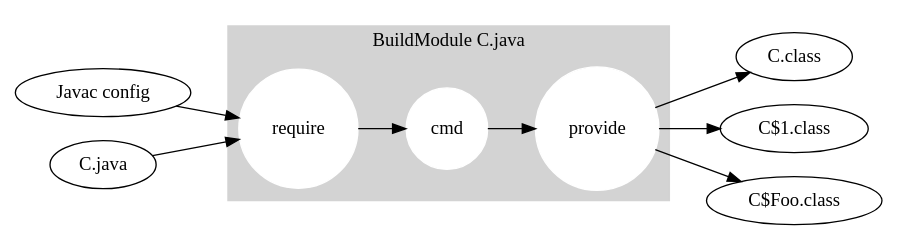
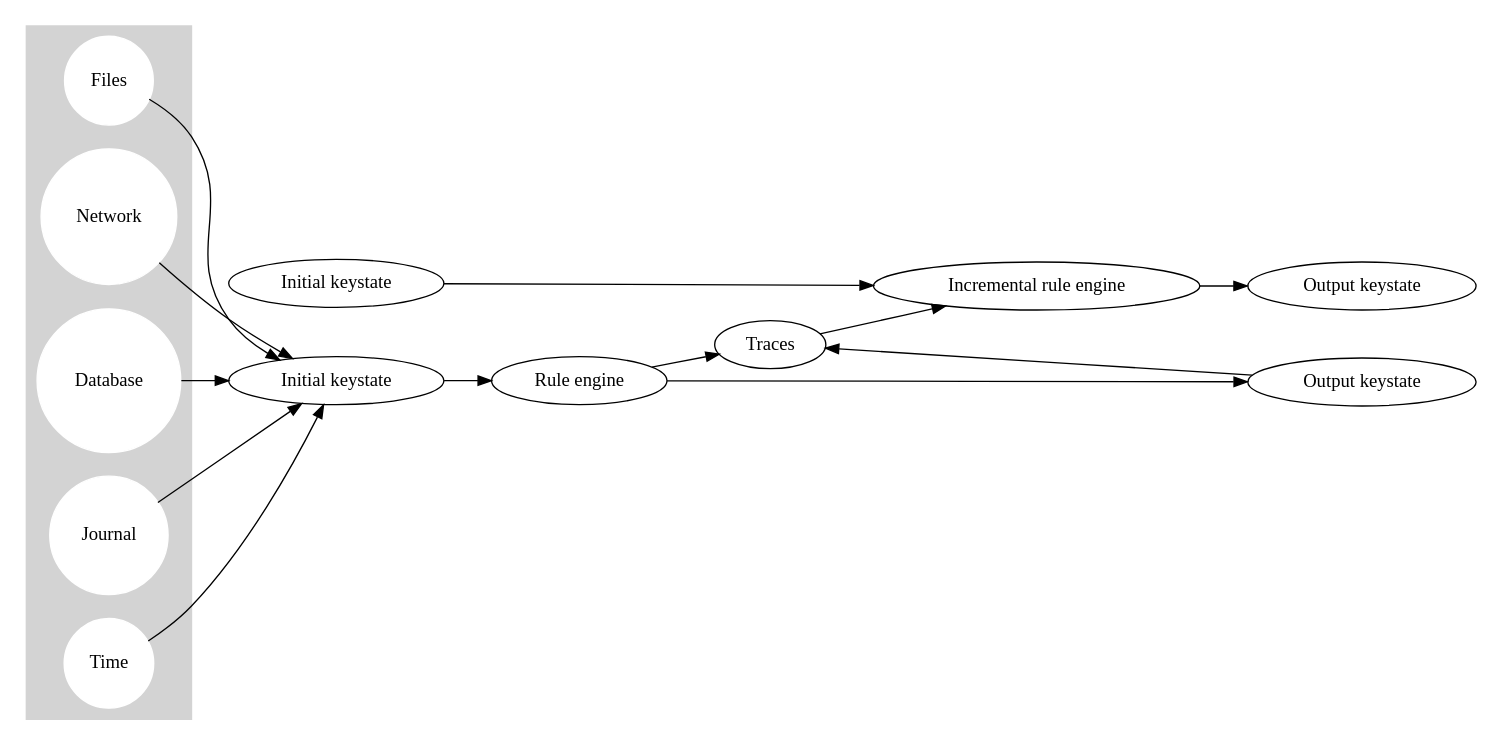
One commit to Mathnerd314/stroscot changed the first of 3 diagrams in docs/BuildSystem.rst. Above: the diagram before and after it, drawn with Graphviz. The commit also changed other lines of this file and 383 other files, not shown here.

```diff
--- a/docs/BuildSystem.rst
+++ b/docs/BuildSystem.rst
@@ -8,21 +6,30 @@
 .. graphviz::
 
-    digraph foo {
-        rankdir=LR;
-        subgraph cluster_0 {
-            style=filled;
-            color=lightgrey;
-            node [style=filled,color=white];
-            a0 -> a1 -> a2;
-            a0, a1, a2 [shape="circle"];
-            a0 [label="require"];
-            a1 [label="cmd"];
-            a2 [label="provide"];
-            label = "BuildModule C.java";
-        }
-        "Javac config" -> a0
-        "C.java" -> a0
-        a2 -> "C.class"
-        a2 -> "C$1.class"
-        a2 -> "C$Foo.class"
+  digraph foo {
+    rankdir=LR;
+    {
+    rank=same
+    IKey [label="Initial keystate"]
+    IKey2 [label="Initial keystate"]
     }
+    subgraph cluster_keys {
+      style=filled; color=lightgrey
+      node [style=filled,color=white]
+      Files, Network, Database, Journal, Time [shape="circle"]
+    }
+    {Files; Network; Database; Journal; Time} -> IKey
+
+    IKey -> "Rule engine"
+    "Rule engine" -> OKey
+    {
+    rank=same
+    OKey [label="Output keystate"]
+    OKey2 [label="Output keystate"]
+    }
+
+    "Traces" -> OKey [dir=back]
+    "Rule engine" -> "Traces"
+
+    {IKey2; "Traces"} -> "Incremental rule engine"
+    "Incremental rule engine" -> OKey2
+  }
```
